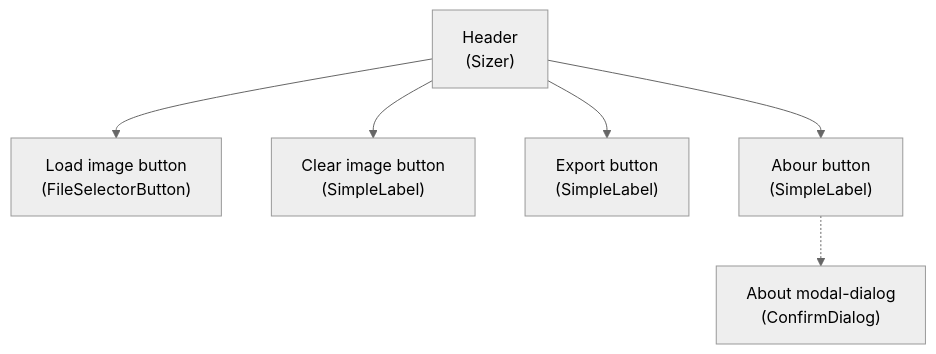
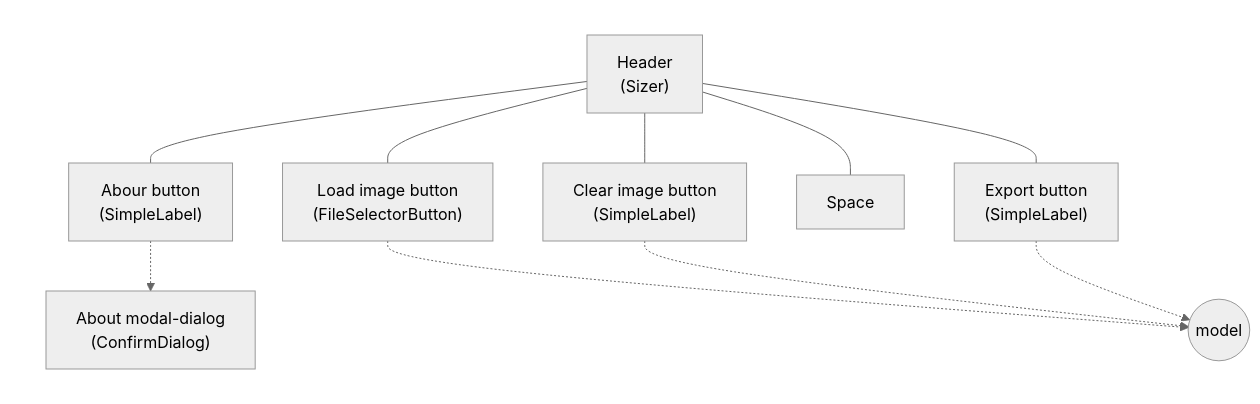
The third of 4 diagrams in projects/atlas-packer/readme.md (rexrainbow/phaser3-rex-playground), drawn with Mermaid (neutral theme) before and after one commit. The commit also changed other lines of this file, not shown here.

Commit message:
Try to add model in diagram

````diff
--- a/projects/atlas-packer/readme.md
+++ b/projects/atlas-packer/readme.md
@@ -37,10 +57,22 @@
 ```mermaid
 graph TD
 
-HeaderPanel["Header<br>(Sizer)"]
-HeaderPanel --> LoadImageFilesButton["Load image button<br>(FileSelectorButton)"]
-HeaderPanel --> ClearImagesButton["Clear image button<br>(SimpleLabel)"]
-HeaderPanel --> ExportButton["Export button<br>(SimpleLabel)"]
-HeaderPanel --> AboutButton["Abour button<br>(SimpleLabel)"]
-AboutButton -.-> AboutModalDialog["About modal-dialog<br>(ConfirmDialog)"]
+subgraph ui
+  HeaderPanel["Header<br>(Sizer)"]
+  HeaderPanel --- LoadImageFilesButton["Load image button<br>(FileSelectorButton)"]
+  HeaderPanel --- ClearImagesButton["Clear image button<br>(SimpleLabel)"]
+  HeaderPanel --- ExportButton["Export button<br>(SimpleLabel)"]
+  HeaderPanel --- Space0["Space"]
+  HeaderPanel --- AboutButton["Abour button<br>(SimpleLabel)"]
+  AboutButton -.-> AboutModalDialog["About modal-dialog<br>(ConfirmDialog)"]
+end
+
+style ui color:transparent
+style ui fill:transparent
+style ui stroke:transparent
+
+model((model))
+LoadImageFilesButton -.-> model
+ClearImagesButton -.-> model
+ExportButton -.-> model
 ```
````
